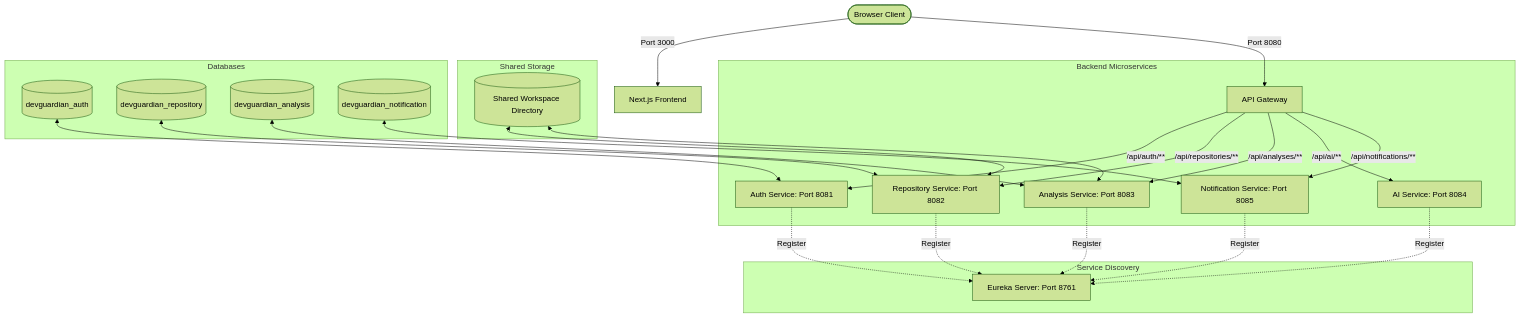
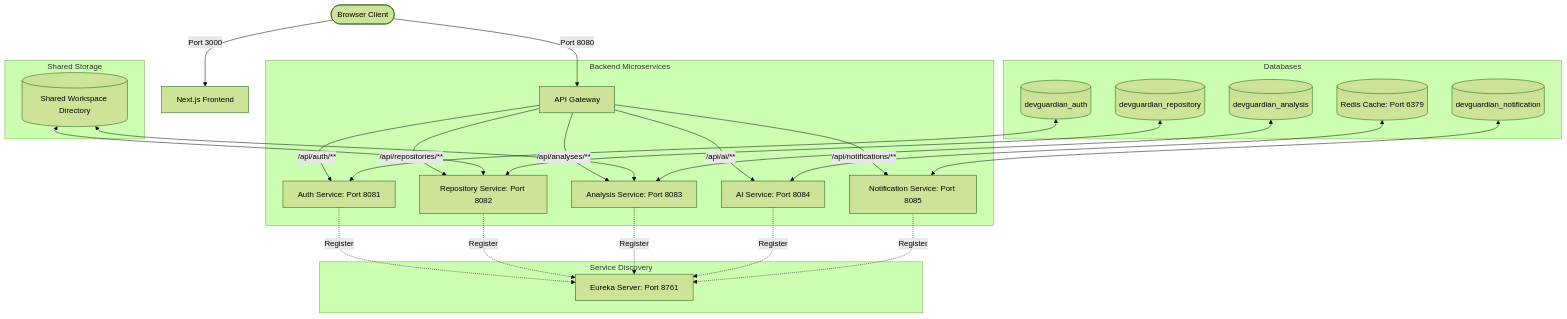
Before and after one commit to VihangaKulathilake/DevGuardian: the diagram in README.md, drawn with Mermaid (forest theme). The commit also changed other lines of this file, not shown here.

Commit message:
Document Redis caching integration in README

````diff
--- a/README.md
+++ b/README.md
@@ -11,35 +11,36 @@
 ```mermaid
 graph TD
     User([Browser Client]) -->|Port 3000| Frontend[Next.js Frontend]
     User -->|Port 8080| Gateway[API Gateway]
     
     subgraph Service Discovery
         Eureka[Eureka Server: Port 8761]
     end
 
     subgraph Backend Microservices
         Gateway -->|/api/auth/**| Auth[Auth Service: Port 8081]
         Gateway -->|/api/repositories/**| Repo[Repository Service: Port 8082]
         Gateway -->|/api/analyses/**| Analysis[Analysis Service: Port 8083]
         Gateway -->|/api/ai/**| AI[AI Service: Port 8084]
         Gateway -->|/api/notifications/**| Notification[Notification Service: Port 8085]
     end
 
     subgraph Shared Storage
         Disk[(Shared Workspace Directory)] <--> Repo
         Disk <--> Analysis
     end
 
     subgraph Databases
         AuthDB[(devguardian_auth)] <--> Auth
         RepoDB[(devguardian_repository)] <--> Repo
         AnalysisDB[(devguardian_analysis)] <--> Analysis
         NotifDB[(devguardian_notification)] <--> Notification
+        Redis[(Redis Cache: Port 6379)] <--> AI
     end
 
     Auth -.->|Register| Eureka
     Repo -.->|Register| Eureka
     Analysis -.->|Register| Eureka
     AI -.->|Register| Eureka
     Notification -.->|Register| Eureka
 ```
````
